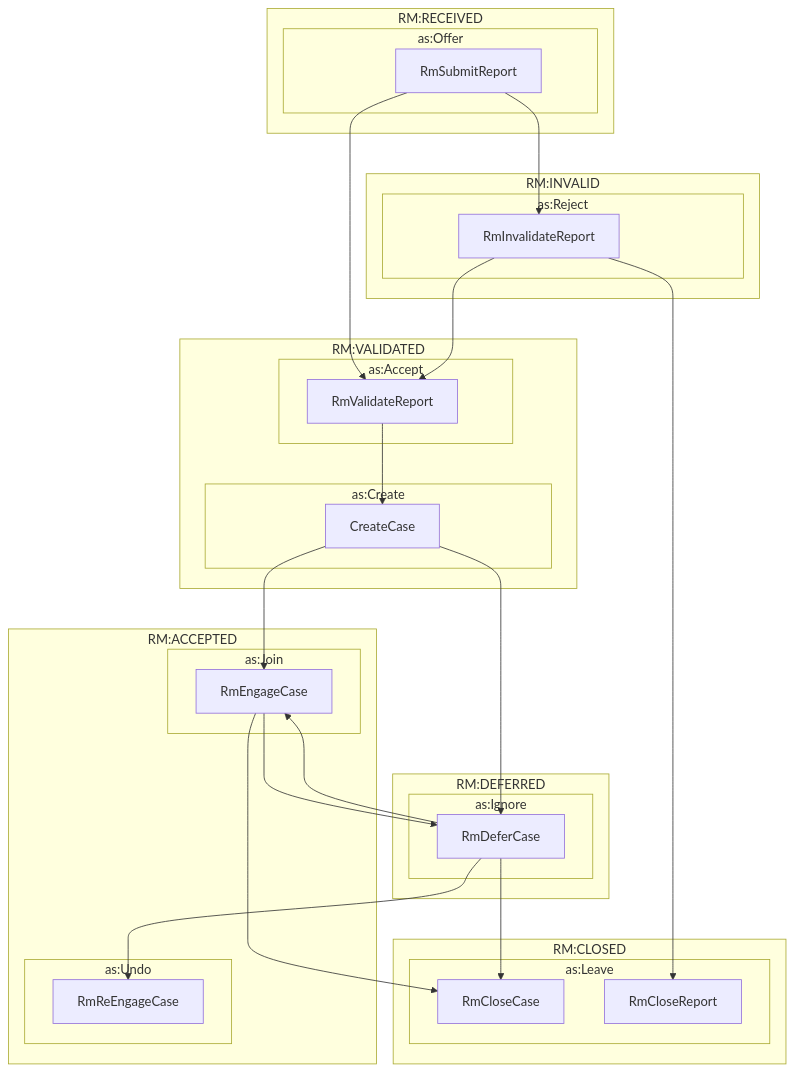
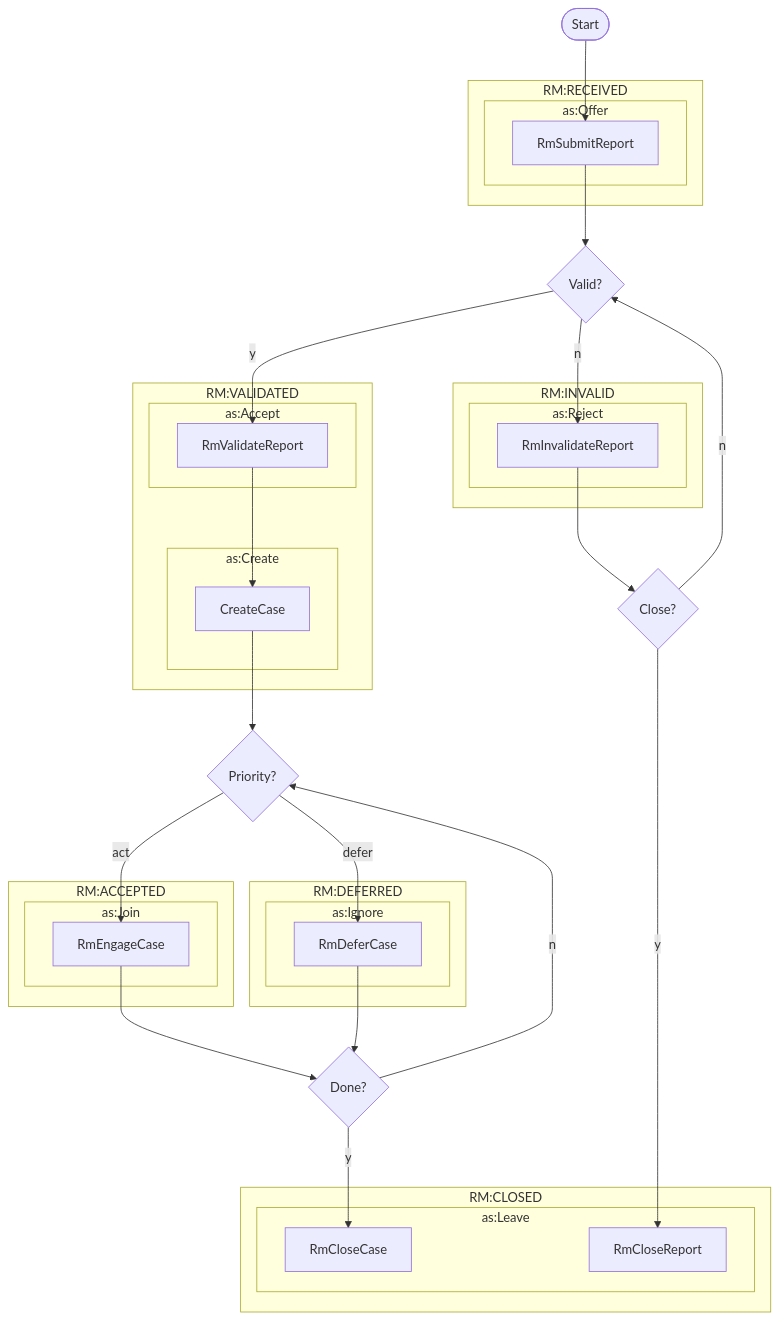
Before and after one commit to ahouseholder/Vultron: the diagram in docs/howto/activitypub/activities/manage_case.md, drawn with Mermaid. The commit also changed other lines of this file and 13 other files, not shown here.

Commit message:
improve diagrams

````diff
--- a/docs/howto/activitypub/activities/manage_case.md
+++ b/docs/howto/activitypub/activities/manage_case.md
@@ -8,53 +8,58 @@
 ```mermaid
 flowchart TB
     subgraph RM:RECEIVED
         subgraph as:Offer
             RmSubmitReport
         end
     end
     subgraph RM:VALIDATED 
         subgraph as:Accept
             RmValidateReport
         end
         subgraph as:Create
             CreateCase
         end
     end
     subgraph RM:INVALID
         subgraph as:Reject
             RmInvalidateReport
         end
     end
     subgraph RM:ACCEPTED
         subgraph as:Join
             RmEngageCase
         end
-        subgraph as:Undo
-            RmReEngageCase
-        end
     end
     subgraph RM:DEFERRED
         subgraph as:Ignore
             RmDeferCase
         end
     end
     subgraph RM:CLOSED
         subgraph as:Leave
             RmCloseCase
             RmCloseReport
         end
     end
 
-    RmSubmitReport --> RmValidateReport
-    RmSubmitReport --> RmInvalidateReport
+    d{Done?}
+    c{Close?}
+    p{Priority?}
+    v{Valid?}
+    start([Start])
+    start --> RmSubmitReport
+    RmSubmitReport --> v
+    v -->|y| RmValidateReport
+    v -->|n| RmInvalidateReport
+    RmInvalidateReport --> c
+    c -->|y| RmCloseReport
     RmValidateReport --> CreateCase
-    CreateCase --> RmEngageCase
-    RmInvalidateReport --> RmValidateReport
-    RmEngageCase --> RmCloseCase
-    RmEngageCase --> RmDeferCase
-    CreateCase --> RmDeferCase
-    RmDeferCase --> RmEngageCase
-    RmDeferCase --> RmCloseCase
-    RmDeferCase --> RmReEngageCase
-    RmInvalidateReport --> RmCloseReport
+    CreateCase --> p
+    p -->|act| RmEngageCase
+    d -->|n| p
+    p -->|defer| RmDeferCase
+    RmEngageCase --> d
+    RmDeferCase --> d
+    c -->|n| v
+    d -->|y| RmCloseCase
 ```
````
